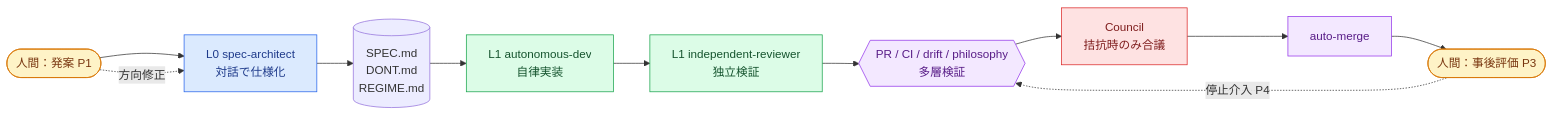
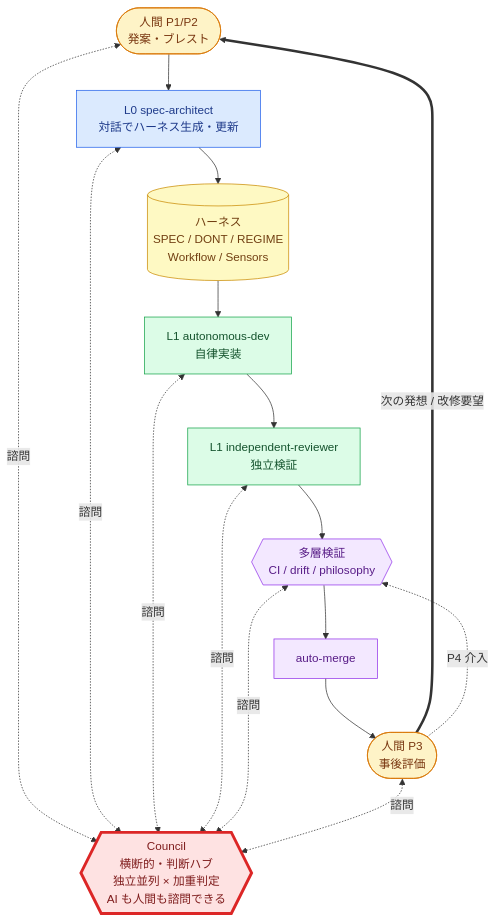
Before and after one commit to samejima-ai/dialog-harness: the diagram in README.md, drawn with Mermaid. The commit also changed other lines of this file and 1 other file, not shown here.

````diff
--- a/README.md
+++ b/README.md
@@ -72,19 +78,28 @@
 ```mermaid
-flowchart LR
-    H([人間：発案 P1]):::human --> L0
-    L0[L0 spec-architect<br/>対話で仕様化]:::l0 --> SPEC[(SPEC.md<br/>DONT.md<br/>REGIME.md)]
-    SPEC --> L1
-    L1[L1 autonomous-dev<br/>自律実装]:::l1 --> REVIEW
-    REVIEW[L1 independent-reviewer<br/>独立検証]:::l1 --> PR
-    PR{{PR / CI / drift / philosophy<br/>多層検証}}:::cc --> COUNCIL
-    COUNCIL[Council<br/>拮抗時のみ合議]:::council --> MERGE[auto-merge]:::cc
-    MERGE --> H2([人間：事後評価 P3]):::human
-    H2 -.停止介入 P4.-> PR
-    H -.方向修正.-> L0
+flowchart TB
+    COUNCIL{{Council<br/>横断的・判断ハブ<br/>独立並列 × 加重判定<br/>AI も人間も諮問できる}}:::council
+
+    H1([人間 P1/P2<br/>発案・ブレスト]):::human --> L0
+    L0[L0 spec-architect<br/>対話でハーネス生成・更新]:::l0 --> HARNESS[(ハーネス<br/>SPEC / DONT / REGIME<br/>Workflow / Sensors)]:::harness
+    HARNESS --> L1[L1 autonomous-dev<br/>自律実装]:::l1
+    L1 --> REVIEW[L1 independent-reviewer<br/>独立検証]:::l1
+    REVIEW --> VERIFY{{多層検証<br/>CI / drift / philosophy}}:::cc
+    VERIFY --> MERGE[auto-merge]:::cc
+    MERGE --> H3([人間 P3<br/>事後評価]):::human
+    H3 == 次の発想 / 改修要望 ==> H1
+    H3 -. P4 介入 .-> VERIFY
+
+    H1 <-. 諮問 .-> COUNCIL
+    L0 <-. 諮問 .-> COUNCIL
+    L1 <-. 諮問 .-> COUNCIL
+    REVIEW <-. 諮問 .-> COUNCIL
+    VERIFY <-. 諮問 .-> COUNCIL
+    H3 <-. 諮問 .-> COUNCIL
 
     classDef human fill:#fef3c7,stroke:#d97706,color:#78350f
     classDef l0 fill:#dbeafe,stroke:#2563eb,color:#1e3a8a
     classDef l1 fill:#dcfce7,stroke:#16a34a,color:#14532d
+    classDef harness fill:#fef9c3,stroke:#ca8a04,color:#713f12
     classDef cc fill:#f3e8ff,stroke:#9333ea,color:#581c87
-    classDef council fill:#fee2e2,stroke:#dc2626,color:#7f1d1d
+    classDef council fill:#fee2e2,stroke:#dc2626,color:#7f1d1d,stroke-width:4px
 ```
````
